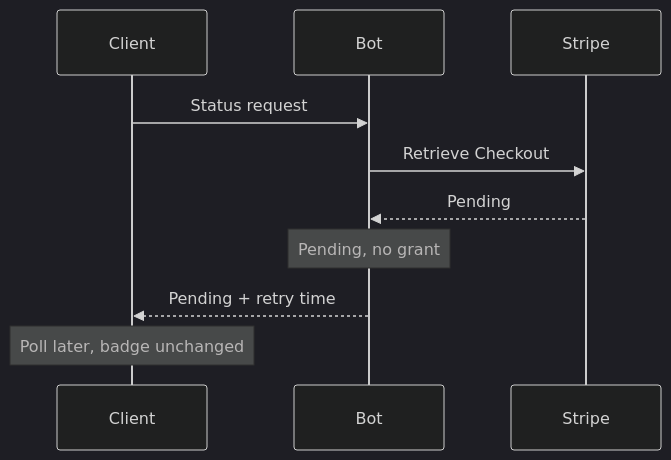
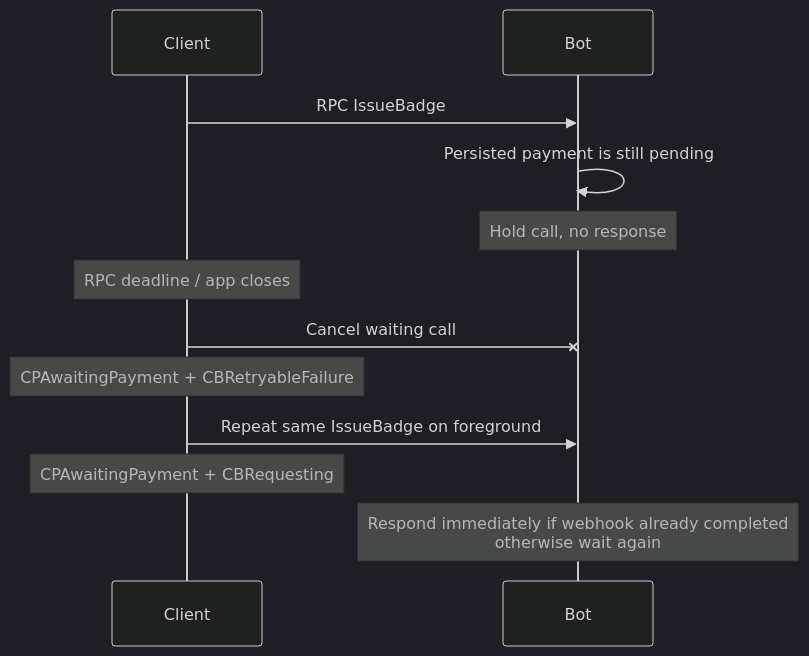
One commit to simplex-chat/simplex-chat changed the eighth of 12 diagrams in plans/2026-07-20-supporter-badges-v2-product.md. Above: the diagram before and after it, drawn with Mermaid (dark theme). The commit also changed other lines of this file and 1 other file, not shown here.

Commit message:
docs: make Stripe badge issuance event-driven

````diff
--- a/plans/2026-07-20-supporter-badges-v2-product.md
+++ b/plans/2026-07-20-supporter-badges-v2-product.md
@@ -225,12 +230,14 @@
 ```mermaid
 sequenceDiagram
   participant C as Client
   participant B as Bot
-  participant S as Stripe
-  C->>B: Status request
-  B->>S: Retrieve Checkout
-  S-->>B: Pending
-  Note over B: Pending, no grant
-  B-->>C: Pending + retry time
-  Note over C: Poll later, badge unchanged
+  C->>B: RPC IssueBadge
+  B->>B: Persisted payment is still pending
+  Note over B: Hold call, no response
+  Note over C: RPC deadline / app closes
+  C-xB: Cancel waiting call
+  Note over C: CPAwaitingPayment + CBRetryableFailure
+  C->>B: Repeat same IssueBadge on foreground
+  Note over C: CPAwaitingPayment + CBRequesting
+  Note over B: Respond immediately if webhook already completed<br/>otherwise wait again
 ```
````
